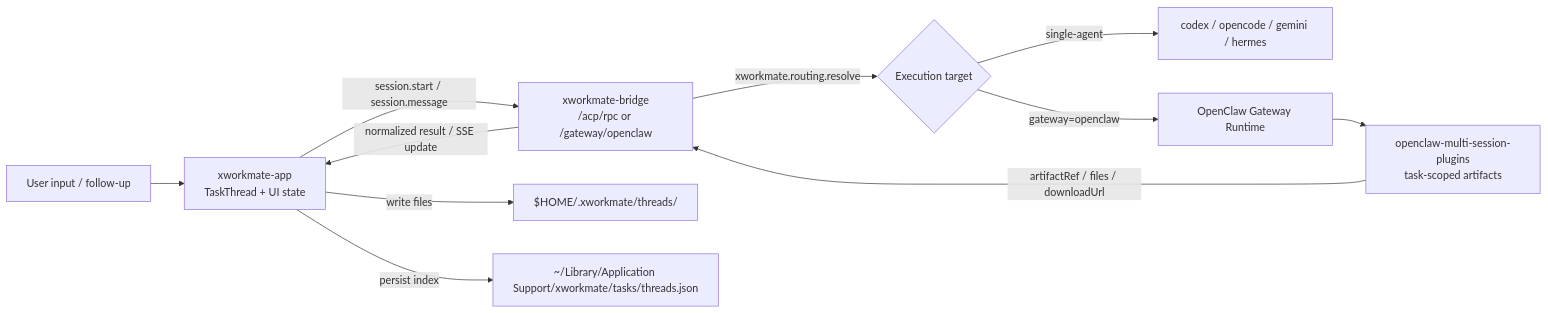
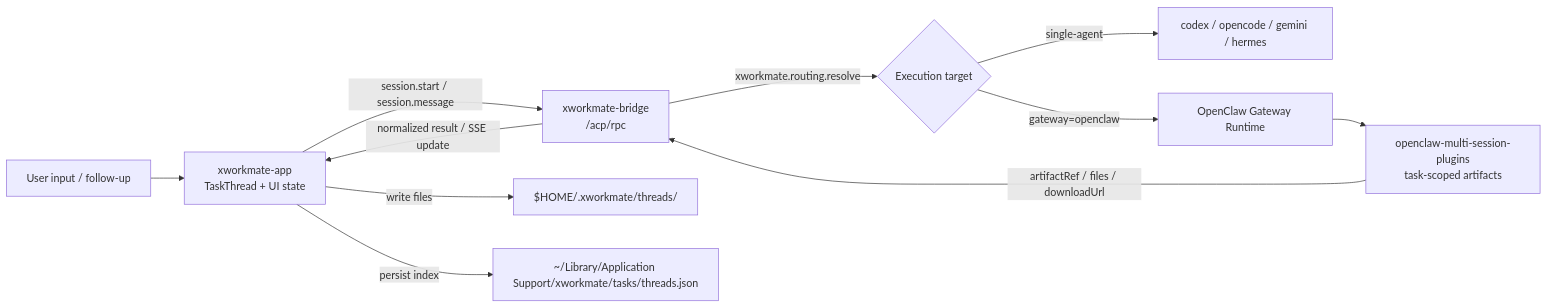
The first of 7 diagrams in docs/architecture/cross-repo-task-state-workflow.md (ai-workspace-lab/xworkmate-app), drawn with Mermaid before and after one commit. The commit also changed other lines of this file and 9 other files, not shown here.

````diff
--- a/docs/architecture/cross-repo-task-state-workflow.md
+++ b/docs/architecture/cross-repo-task-state-workflow.md
@@ -17,13 +17,13 @@
 ```mermaid
 flowchart LR
   U["User input / follow-up"] --> APP["xworkmate-app<br/>TaskThread + UI state"]
-  APP -->|session.start / session.message| BR["xworkmate-bridge<br/>/acp/rpc or /gateway/openclaw"]
+  APP -->|session.start / session.message| BR["xworkmate-bridge<br/>/acp/rpc"]
   BR -->|xworkmate.routing.resolve| ROUTE{"Execution target"}
   ROUTE -->|single-agent| AG["codex / opencode / gemini / hermes"]
   ROUTE -->|gateway=openclaw| OC["OpenClaw Gateway Runtime"]
   OC --> PLUG["openclaw-multi-session-plugins<br/>task-scoped artifacts"]
   PLUG -->|artifactRef / files / downloadUrl| BR
   BR -->|normalized result / SSE update| APP
   APP -->|write files| LOCAL["$HOME/.xworkmate/threads/<session>"]
   APP -->|persist index| STORE["~/Library/Application Support/xworkmate/tasks/threads.json"]
 ```
````
